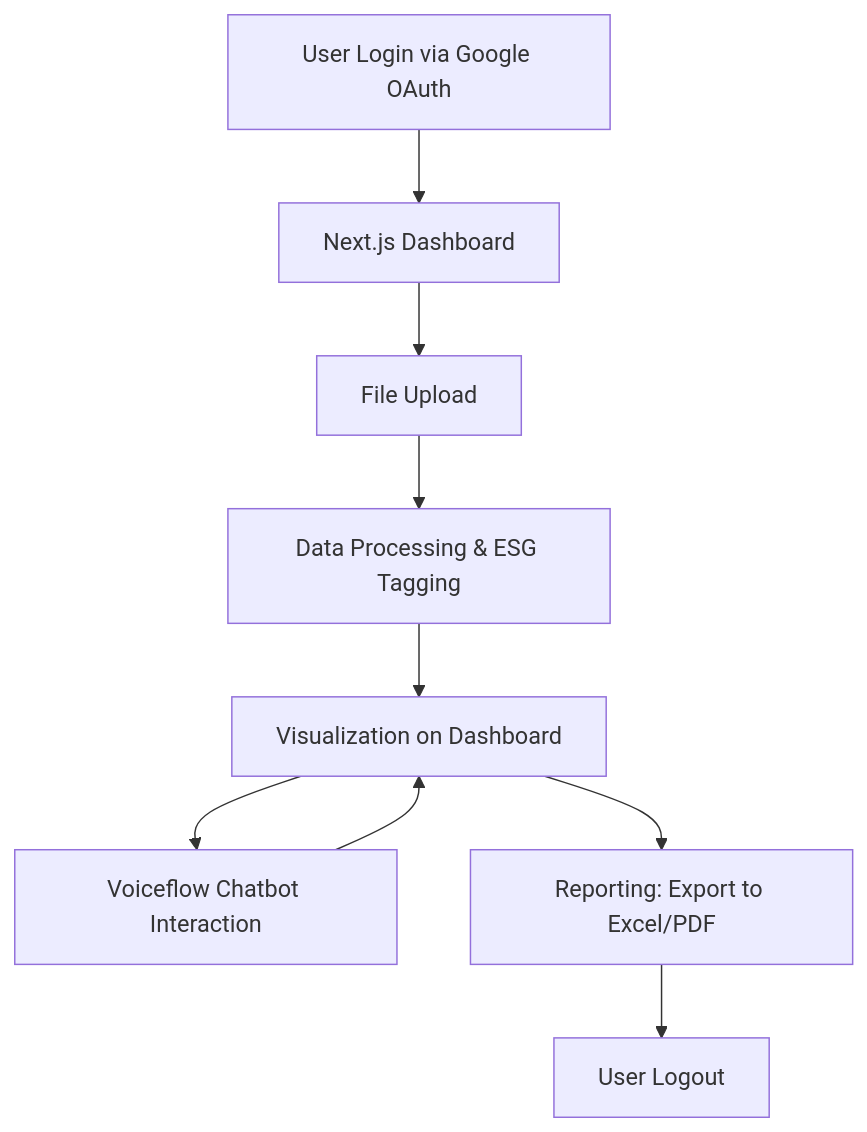
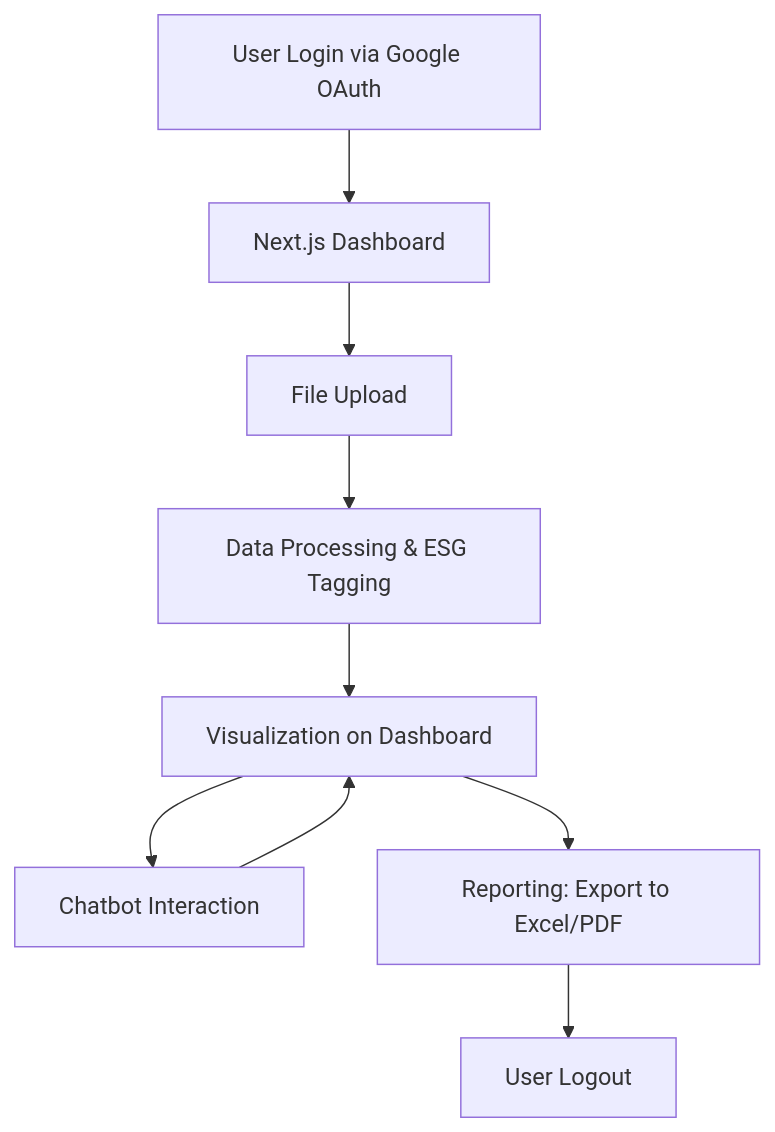
Before and after one commit to VenkateshShivandi/ESG_Reporting: the first of 3 diagrams in documentation/PRD.md, drawn with Mermaid. The commit also changed other lines of this file and 6 other files, not shown here.

First line of the commit message:
Remove Voiceflow references and update chatbot integration documentation

````diff
--- a/documentation/PRD.md
+++ b/documentation/PRD.md
@@ -50,12 +50,12 @@
 ```mermaid
 graph TD;
   A[User Login via Google OAuth] --> B[Next.js Dashboard];
   B --> C[File Upload];
   C --> D[Data Processing & ESG Tagging];
   D --> E[Visualization on Dashboard];
-  E --> F[Voiceflow Chatbot Interaction];
+  E --> F[Chatbot Interaction];
   F --> E;
   E --> G[Reporting: Export to Excel/PDF];
   G --> H[User Logout];
 
 ```
````
